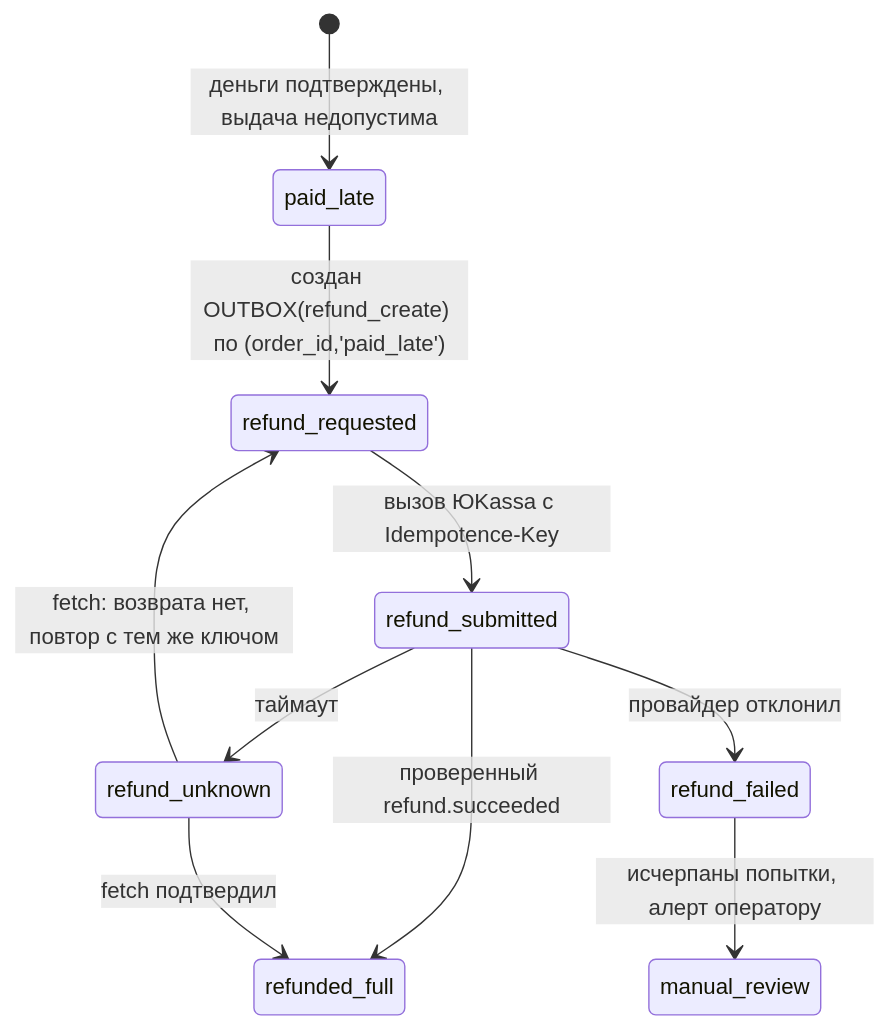
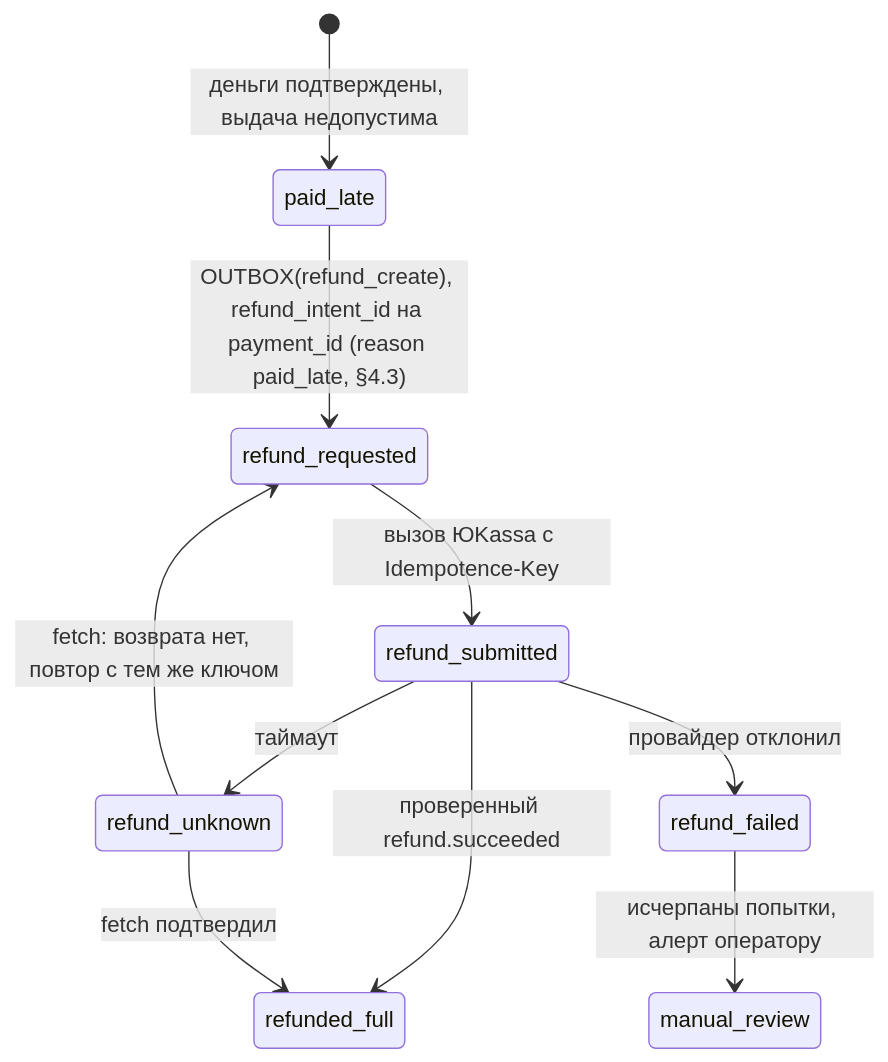
Before and after one commit to tyshenkoanton-eng/lunora: the third of 8 diagrams in docs/grillmax/TRANSACTIONS-КОНТРАКТЫ.md, drawn with Mermaid. The commit also changed other lines of this file and 3 other files, not shown here.

````diff
--- a/docs/grillmax/TRANSACTIONS-КОНТРАКТЫ.md
+++ b/docs/grillmax/TRANSACTIONS-КОНТРАКТЫ.md
@@ -353,12 +353,12 @@
 ```mermaid
 stateDiagram-v2
     [*] --> paid_late: деньги подтверждены, выдача недопустима
-    paid_late --> refund_requested: создан OUTBOX(refund_create) по (order_id,'paid_late')
+    paid_late --> refund_requested: OUTBOX(refund_create), refund_intent_id на payment_id (reason paid_late, §4.3)
     refund_requested --> refund_submitted: вызов ЮKassa с Idempotence-Key
     refund_submitted --> refunded_full: проверенный refund.succeeded
     refund_submitted --> refund_unknown: таймаут
     refund_unknown --> refunded_full: fetch подтвердил
     refund_unknown --> refund_requested: fetch: возврата нет, повтор с тем же ключом
     refund_submitted --> refund_failed: провайдер отклонил
     refund_failed --> manual_review: исчерпаны попытки, алерт оператору
 ```
````
